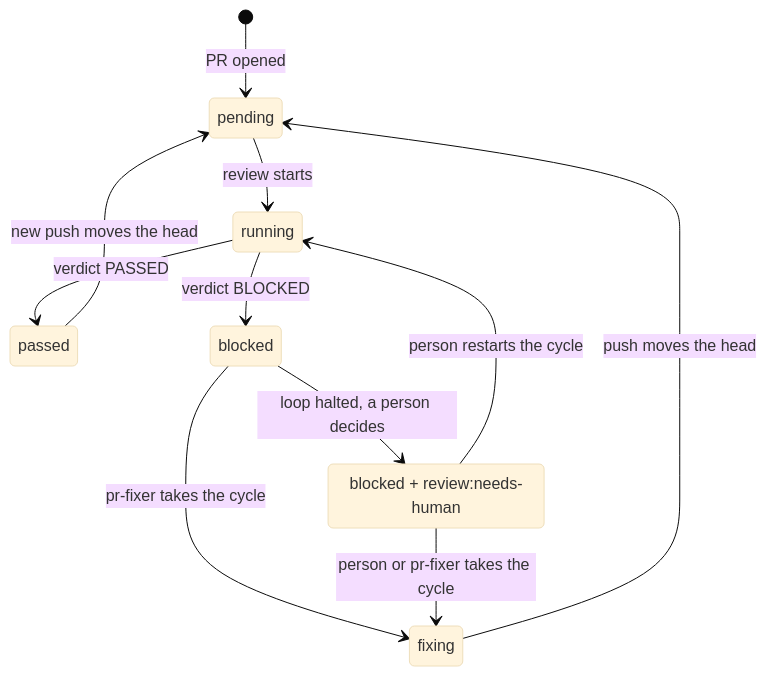
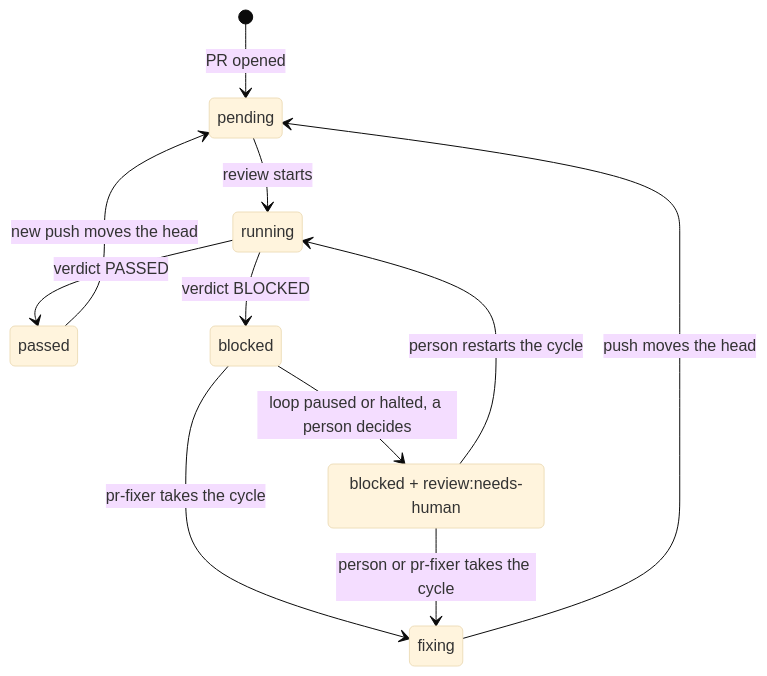
One commit to jonyfs/pr-reviewer-fixer changed the diagram in docs/diagrams/03-label-states.mmd. Above: the diagram before and after it, drawn with Mermaid (base theme). The commit also changed 18 other files, not shown here.

```diff
--- a/docs/diagrams/03-label-states.mmd
+++ b/docs/diagrams/03-label-states.mmd
@@ -1,12 +1,12 @@
 stateDiagram-v2
     [*] --> pending: PR opened
     pending --> running: review starts
     running --> passed: verdict PASSED
     running --> blocked: verdict BLOCKED
     blocked --> fixing: pr-fixer takes the cycle
     fixing --> pending: push moves the head
     passed --> pending: new push moves the head
-    blocked --> needs_human: loop halted, a person decides
+    blocked --> needs_human: loop paused or halted, a person decides
     needs_human --> running: person restarts the cycle
     needs_human --> fixing: person or pr-fixer takes the cycle
     state "blocked + review:needs-human" as needs_human
```
